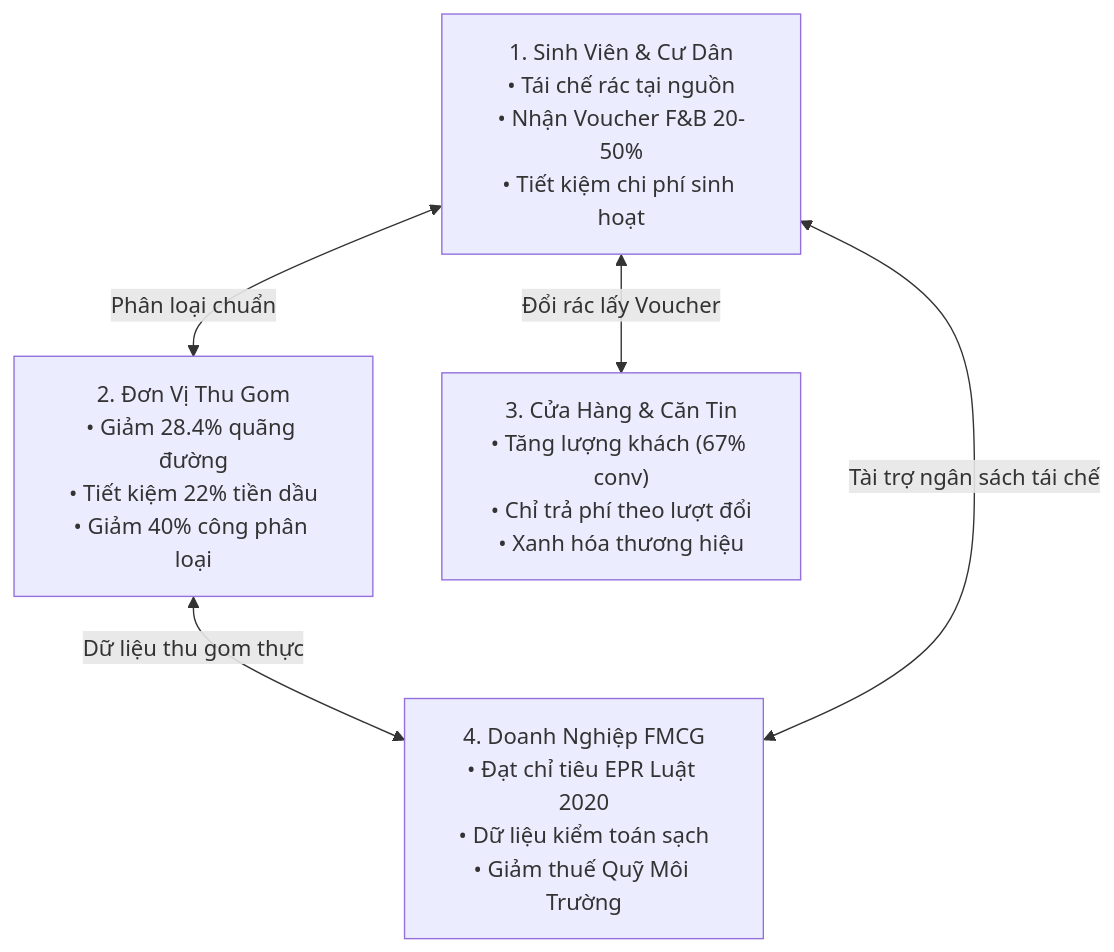
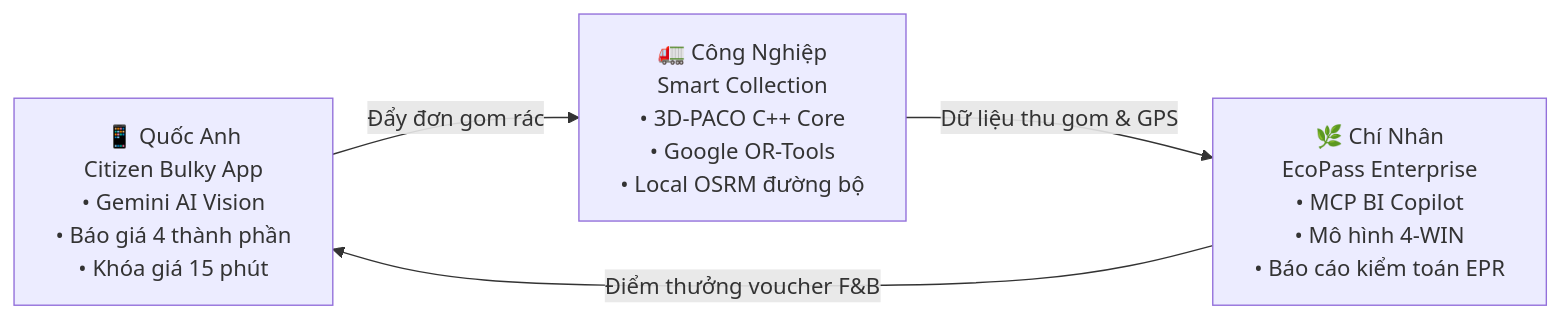
One commit to chinhanxt/NaN-EcoNet changed the diagram in README.md. Above: the diagram before and after it, drawn with Mermaid. The commit also changed other lines of this file and 3 other files, not shown here.

````diff
--- a/README.md
+++ b/README.md
@@ -295,12 +44,6 @@
 ```mermaid
-graph TD
-  User["1. Sinh Viên & Cư Dân\n• Tái chế rác tại nguồn\n• Nhận Voucher F&B 20-50%\n• Tiết kiệm chi phí sinh hoạt"]
-  Collector["2. Đơn Vị Thu Gom\n• Giảm 28.4% quãng đường\n• Tiết kiệm 22% tiền dầu\n• Giảm 40% công phân loại"]
-  Merchant["3. Cửa Hàng & Căn Tin\n• Tăng lượng khách (67% conv)\n• Chỉ trả phí theo lượt đổi\n• Xanh hóa thương hiệu"]
-  Brand["4. Doanh Nghiệp FMCG\n• Đạt chỉ tiêu EPR Luật 2020\n• Dữ liệu kiểm toán sạch\n• Giảm thuế Quỹ Môi Trường"]
-
-  User <-->|Đổi rác lấy Voucher| Merchant
-  User <-->|Phân loại chuẩn| Collector
-  Collector <-->|Dữ liệu thu gom thực| Brand
-  Brand <-->|Tài trợ ngân sách tái chế| User
+graph LR
+  A["📱 Quốc Anh\nCitizen Bulky App\n• Gemini AI Vision\n• Báo giá 4 thành phần\n• Khóa giá 15 phút"] -->|Đẩy đơn gom rác| B["🚛 Công Nghiệp\nSmart Collection\n• 3D-PACO C++ Core\n• Google OR-Tools\n• Local OSRM đường bộ"]
+  B -->|Dữ liệu thu gom & GPS| C["🌿 Chí Nhân\nEcoPass Enterprise\n• MCP BI Copilot\n• Mô hình 4-WIN\n• Báo cáo kiểm toán EPR"]
+  C -->|Điểm thưởng voucher F&B| A
 ```
````
